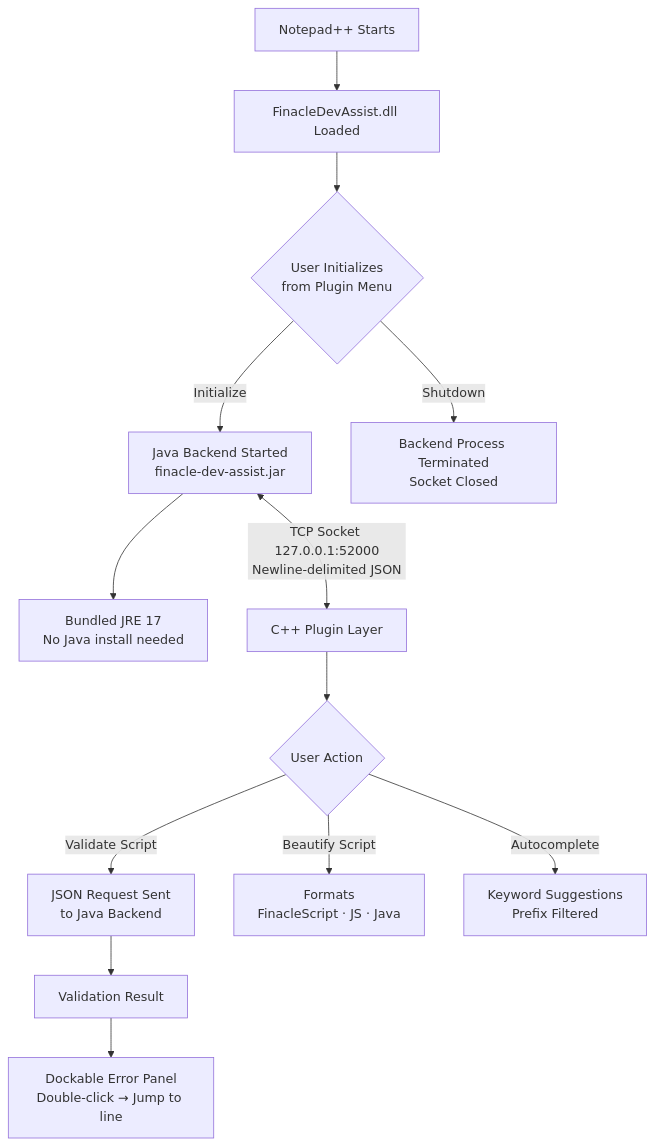
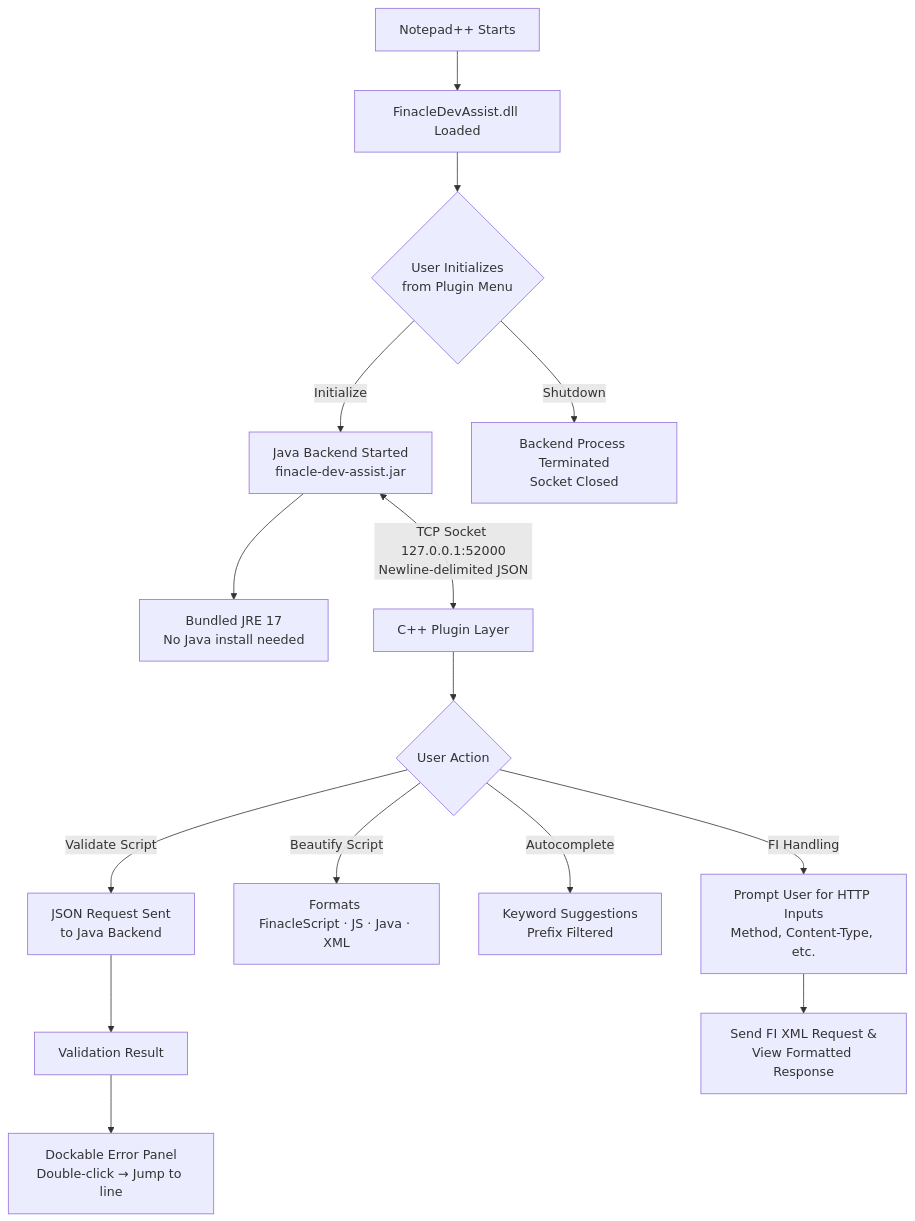
The diagram in README.md (deepikadhananjayan/FinacleDevAssist), drawn with Mermaid before and after one commit. The commit also changed other lines of this file, not shown here.

````diff
--- a/README.md
+++ b/README.md
@@ -67,19 +68,23 @@
 ```mermaid
 flowchart TD
     A[Notepad++ Starts] --> B[FinacleDevAssist.dll Loaded]
     B --> C{User Initializes\nfrom Plugin Menu}
     C -->|Initialize| D[Java Backend Started\nfinacle-dev-assist.jar]
     D --> E[Bundled JRE 17\nNo Java install needed]
     D <-->|TCP Socket 127.0.0.1:52000\nNewline-delimited JSON| F[C++ Plugin Layer]
 
     F --> G{User Action}
+    
     G -->|Validate Script| H[JSON Request Sent\nto Java Backend]
     H --> I[Validation Result]
     I --> J[Dockable Error Panel\nDouble-click → Jump to line]
 
-    G -->|Beautify Script| K[Formats \nFinacleScript · JS · Java]
+    G -->|Beautify Script| K[Formats \nFinacleScript · JS · Java · XML]
 
     G -->|Autocomplete| L[Keyword Suggestions\nPrefix Filtered]
+    
+    G -->|FI Handling| N[Prompt User for HTTP Inputs\nMethod, Content-Type, etc.]
+    N --> O[Send FI XML Request &\nView Formatted Response]
 
     C -->|Shutdown| M[Backend Process Terminated\nSocket Closed]
 ```
````
